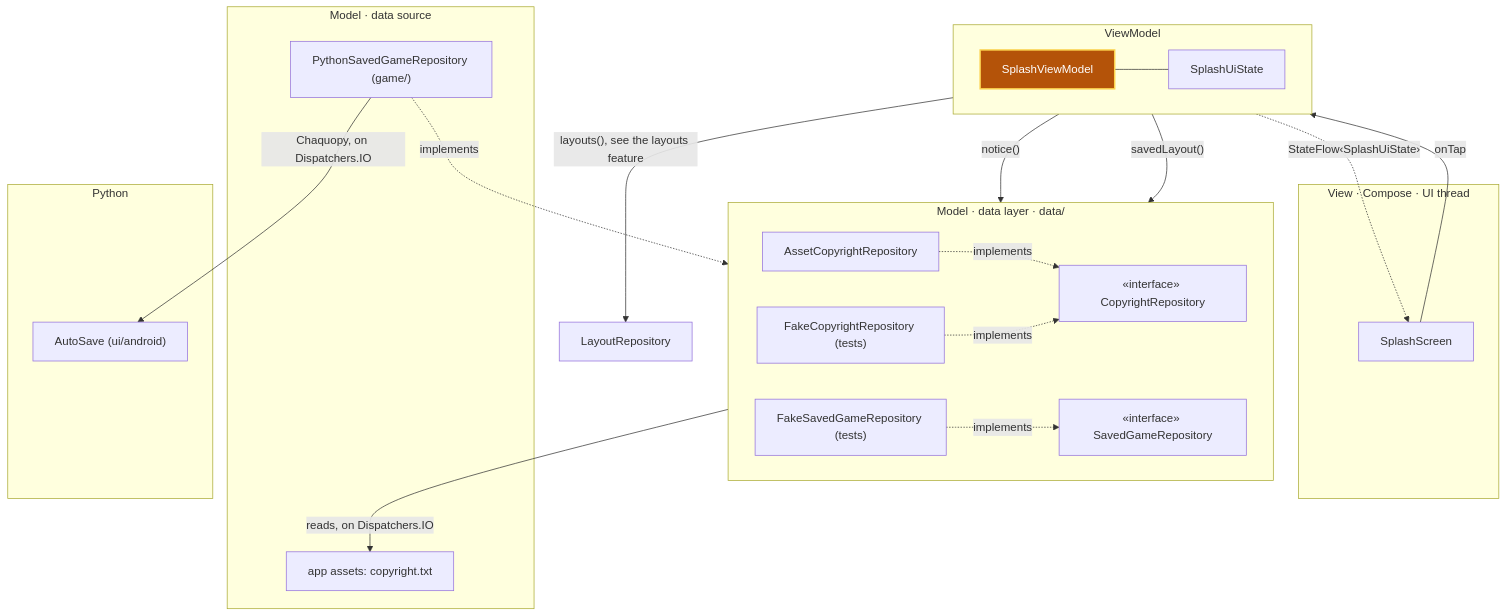
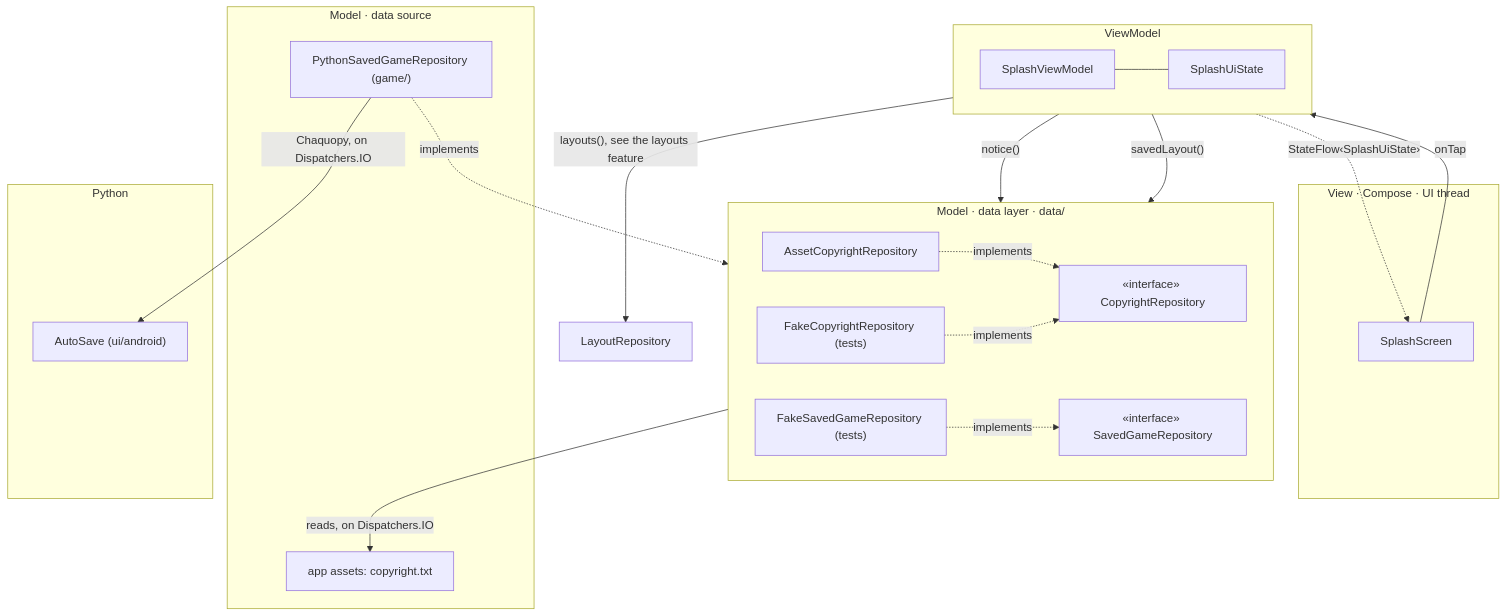
The second of 11 diagrams in android/docs/architecture.md (aivanov61/sudoku-solver), drawn with Mermaid before and after one commit. The commit also changed other lines of this file, not shown here.

Commit message:
Plan phase 7 in the architecture doc: inform() as a dialog with OK (7a), saves carried out while a dialog waits (7b), and a message area of fixed height with the board fitted to the screen and the controls beside it when wide (7c).

````diff
--- a/android/docs/architecture.md
+++ b/android/docs/architecture.md
@@ -95,41 +108,37 @@
 ```mermaid
 flowchart TB
     subgraph View["View · Compose · UI thread"]
         SplashScreen
     end
 
     subgraph VM["ViewModel"]
         direction LR
         SplashViewModel --- SplashUiState
     end
 
     subgraph DataLayer["Model · data layer · data/"]
         direction LR
         AssetCopyrightRepository -. implements .-> CopyrightRepository["«interface» CopyrightRepository"]
         FakeCopyrightRepository["FakeCopyrightRepository (tests)"] -. implements .-> CopyrightRepository
         SavedGameRepository["«interface» SavedGameRepository"]
         FakeSavedGameRepository["FakeSavedGameRepository (tests)"] -. implements .-> SavedGameRepository
     end
 
     subgraph DataSource["Model · data source"]
         Assets["app assets: copyright.txt"]
         PythonSavedGameRepository["PythonSavedGameRepository (game/)"]
     end
 
     subgraph Python["Python"]
         AutoSave["AutoSave (ui/android)"]
     end
 
     SplashScreen -- "onTap" --> SplashViewModel
     SplashViewModel -. "StateFlow‹SplashUiState›" .-> SplashScreen
     SplashViewModel -- "notice()" --> CopyrightRepository
     SplashViewModel -- "layouts(), see the layouts feature" --> LayoutRepository["LayoutRepository"]
     SplashViewModel -- "savedLayout()" --> SavedGameRepository
     AssetCopyrightRepository -- "reads, on Dispatchers.IO" --> Assets
     PythonSavedGameRepository -. implements .-> SavedGameRepository
     PythonSavedGameRepository -- "Chaquopy, on Dispatchers.IO" --> AutoSave
-
-    classDef new fill:#2e7d32,stroke:#a5d6a7,stroke-width:2px,color:#ffffff
-    classDef changed fill:#b45309,stroke:#fcd34d,stroke-width:2px,color:#ffffff
-    class SplashViewModel changed
 ```
````
